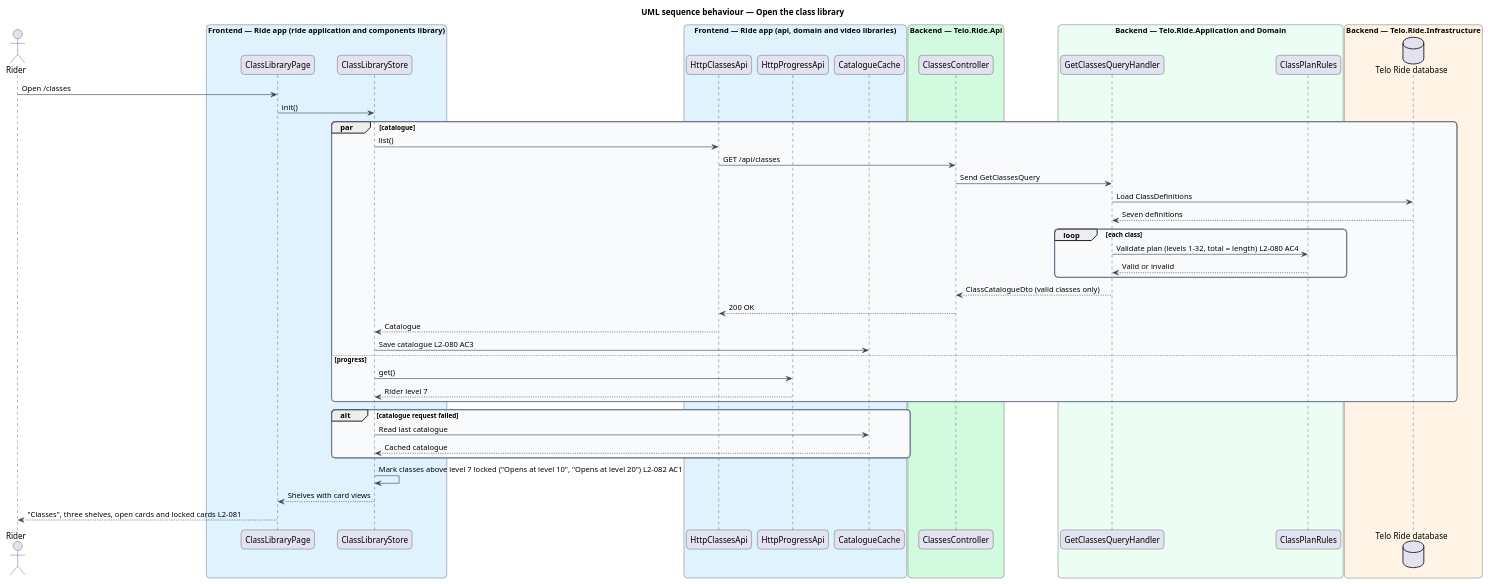
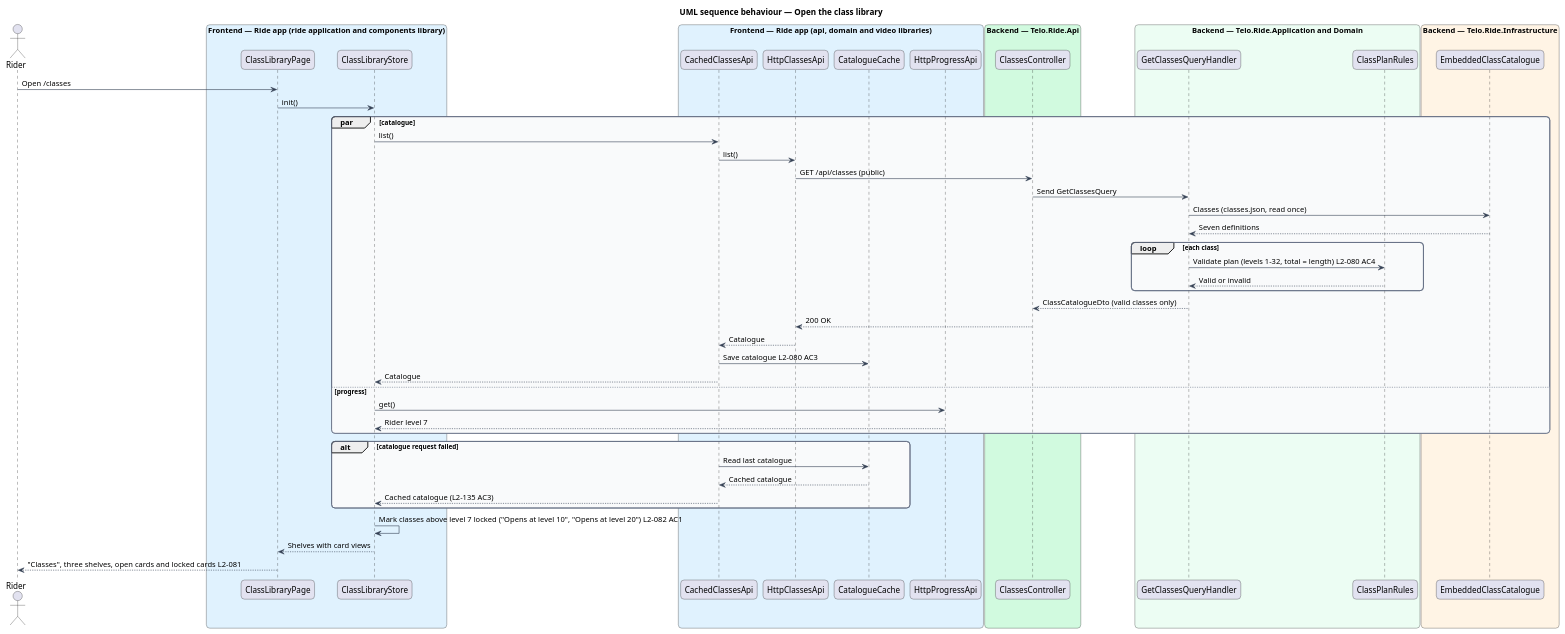
The diagram in docs/detailed-designs/classes/browse-the-class-library/diagrams/sequence-open-the-library.puml (QuinntyneBrown/ride-one), drawn with PlantUML before and after one commit. The commit also changed 11 other files, not shown here.

```diff
--- a/docs/detailed-designs/classes/browse-the-class-library/diagrams/sequence-open-the-library.puml
+++ b/docs/detailed-designs/classes/browse-the-class-library/diagrams/sequence-open-the-library.puml
@@ -1,64 +1,68 @@
 @startuml
 title UML sequence behaviour — Open the class library
 skinparam backgroundColor #FFFFFF
 skinparam shadowing false
 skinparam roundcorner 12
 skinparam defaultFontName Arial
 skinparam ArrowColor #344054
 skinparam rectangle {
   BorderColor #344054
   FontColor #101828
 }
 skinparam package {
   BorderColor #667085
   FontColor #101828
   BackgroundColor #F9FAFB
 }
 actor "Rider" as rider
 box "Frontend — Ride app (ride application and components library)" #E0F2FE
   participant "ClassLibraryPage" as page
   participant "ClassLibraryStore" as store
 end box
 box "Frontend — Ride app (api, domain and video libraries)" #E0F2FE
+  participant "CachedClassesApi" as cached
   participant "HttpClassesApi" as capi
+  participant "CatalogueCache" as cache
   participant "HttpProgressApi" as papi
-  participant "CatalogueCache" as cache
 end box
 box "Backend — Telo.Ride.Api" #D1FADF
   participant "ClassesController" as ctrl
 end box
 box "Backend — Telo.Ride.Application and Domain" #ECFDF3
   participant "GetClassesQueryHandler" as handler
   participant "ClassPlanRules" as rules
 end box
 box "Backend — Telo.Ride.Infrastructure" #FFF4E5
-  database "Telo Ride database" as db
+  participant "EmbeddedClassCatalogue" as db
 end box
 rider -> page : Open /classes
 page -> store : init()
 par catalogue
-  store -> capi : list()
-  capi -> ctrl : GET /api/classes
+  store -> cached : list()
+  cached -> capi : list()
+  capi -> ctrl : GET /api/classes (public)
   ctrl -> handler : Send GetClassesQuery
-  handler -> db : Load ClassDefinitions
+  handler -> db : Classes (classes.json, read once)
   db --> handler : Seven definitions
   loop each class
     handler -> rules : Validate plan (levels 1–32, total = length) L2-080 AC4
     rules --> handler : Valid or invalid
   end
   handler --> ctrl : ClassCatalogueDto (valid classes only)
   ctrl --> capi : 200 OK
-  capi --> store : Catalogue
-  store -> cache : Save catalogue L2-080 AC3
+  capi --> cached : Catalogue
+  cached -> cache : Save catalogue L2-080 AC3
+  cached --> store : Catalogue
 else progress
   store -> papi : get()
   papi --> store : Rider level 7
 end
 alt catalogue request failed
-  store -> cache : Read last catalogue
-  cache --> store : Cached catalogue
+  cached -> cache : Read last catalogue
+  cache --> cached : Cached catalogue
+  cached --> store : Cached catalogue (L2-135 AC3)
 end
 store -> store : Mark classes above level 7 locked ("Opens at level 10", "Opens at level 20") L2-082 AC1
 store --> page : Shelves with card views
 page --> rider : "Classes", three shelves, open cards and locked cards L2-081
 @enduml
```
